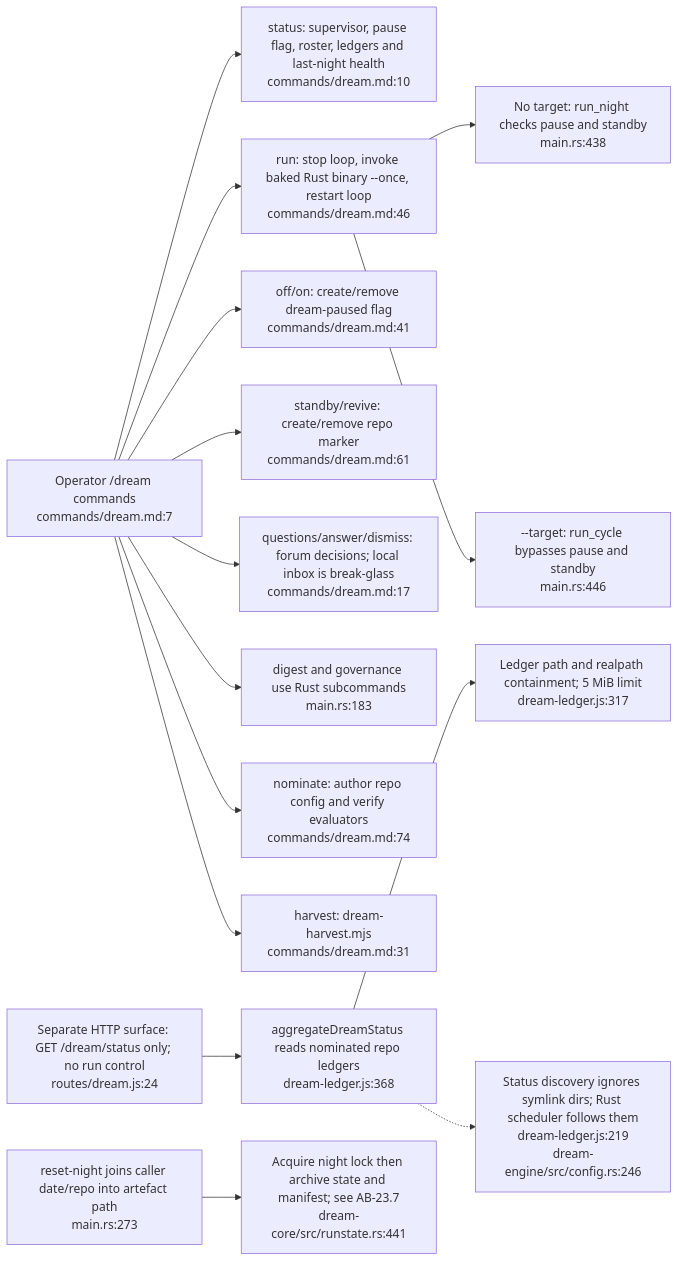
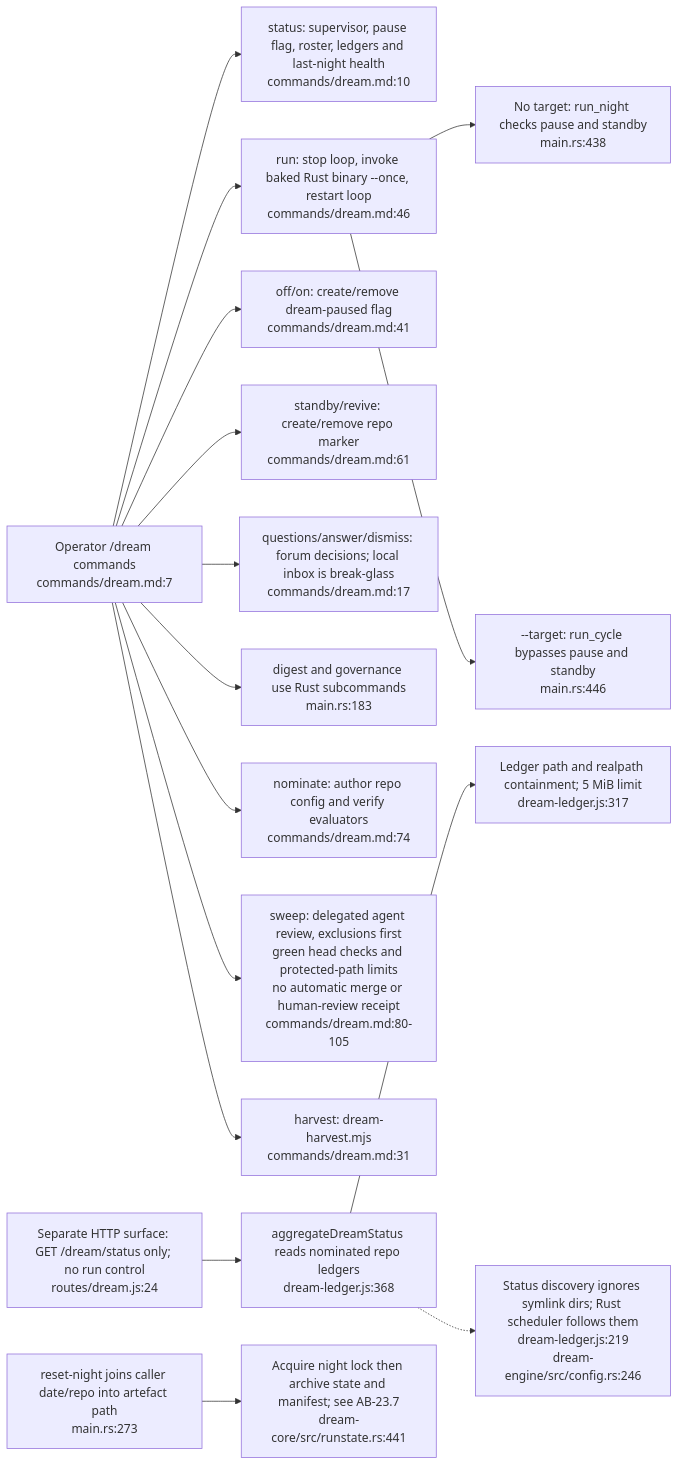
Before and after one commit to DreamLab-AI/VisionFlow: the tenth of 24 diagrams in docs/diagrams/agentbox/23-dream-engine.md, drawn with Mermaid. The commit also changed other lines of this file and 7 other files, not shown here.

````diff
--- a/docs/diagrams/agentbox/23-dream-engine.md
+++ b/docs/diagrams/agentbox/23-dream-engine.md
@@ -357,20 +357,21 @@
 ```mermaid
 flowchart LR
     SKILL["Operator /dream commands<br/>commands/dream.md:7"]
     SKILL --> STATUS["status: supervisor, pause flag, roster, ledgers and last-night health<br/>commands/dream.md:10"]
     SKILL --> RUN["run: stop loop, invoke baked Rust binary --once, restart loop<br/>commands/dream.md:46"]
     RUN --> ALL["No target: run_night checks pause and standby<br/>main.rs:438"]
     RUN --> ONE["--target: run_cycle bypasses pause and standby<br/>main.rs:446"]
     SKILL --> PAUSE["off/on: create/remove dream-paused flag<br/>commands/dream.md:41"]
     SKILL --> STAND["standby/revive: create/remove repo marker<br/>commands/dream.md:61"]
     SKILL --> FORUM["questions/answer/dismiss: forum decisions; local inbox is break-glass<br/>commands/dream.md:17"]
     SKILL --> DIG["digest and governance use Rust subcommands<br/>main.rs:183"]
     SKILL --> NOM["nominate: author repo config and verify evaluators<br/>commands/dream.md:74"]
+    SKILL --> SWEEP["sweep: delegated agent review, exclusions first<br/>green head checks and protected-path limits<br/>no automatic merge or human-review receipt<br/>commands/dream.md:80-105"]
     SKILL --> HAR["harvest: dream-harvest.mjs<br/>commands/dream.md:31"]
     API["Separate HTTP surface: GET /dream/status only; no run control<br/>routes/dream.js:24"]
     API --> JS["aggregateDreamStatus reads nominated repo ledgers<br/>dream-ledger.js:368"]
     JS --> PATH["Ledger path and realpath containment; 5 MiB limit<br/>dream-ledger.js:317"]
     JS -.-> DIFF["Status discovery ignores symlink dirs; Rust scheduler follows them<br/>dream-ledger.js:219<br/>dream-engine/src/config.rs:246"]
     RESET["reset-night joins caller date/repo into artefact path<br/>main.rs:273"]
     RESET --> ARCH["Acquire night lock then archive state and manifest; see AB-23.7<br/>dream-core/src/runstate.rs:441"]
 ```
````
